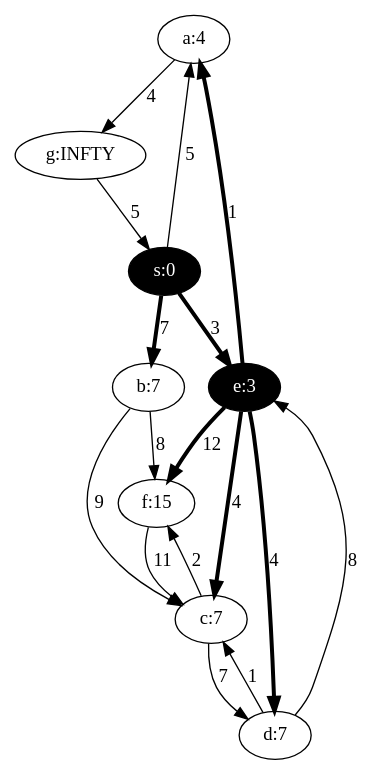
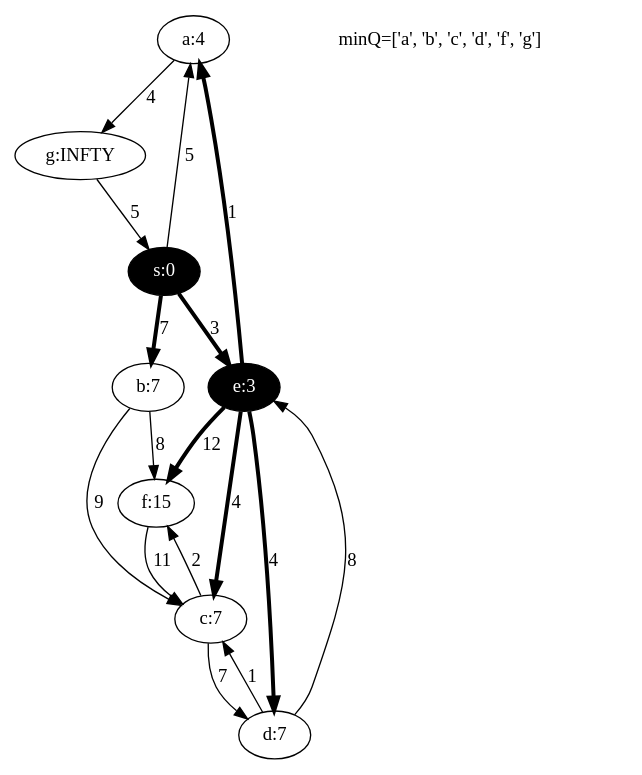
Before and after one commit to nicolasrenet/Graphs: the diagram in examples/dijkstra_gross_yellen_02.dot, drawn with Graphviz. The commit also changed 214 other files, not shown here.

Commit message:
Added an extra key (label) to the vertex comparison function. Dijkstra's key shows content of the min queue. Various layout changes in the LaTeX documents (added an figure width ratio option to alg_to_tex.py). Cleaned up the Makefile.

```diff
--- a/examples/dijkstra_gross_yellen_02.dot
+++ b/examples/dijkstra_gross_yellen_02.dot
@@ -1,26 +1,27 @@
 Digraph {
 a [ label="a:4" ];
 b [ label="b:7" ];
 c [ label="c:7" ];
 d [ label="d:7" ];
 e [ label="e:3" fontcolor=white style=filled fontname="time-bold" fillcolor=black ];
 f [ label="f:15" ];
 g [ label="g:INFTY" ];
 s [ label="s:0" fontcolor=white style=filled fontname="time-bold" fillcolor=black ];
 a->g[label="4", penwidth=1];
 b->c[label="9", penwidth=1];
 b->f[label="8", penwidth=1];
 c->d[label="7", penwidth=1];
 c->f[label="2", penwidth=1];
 d->e[label="8", penwidth=1];
 d->c[label="1", penwidth=1];
 e->a[label="1", penwidth=3];
 e->c[label="4", penwidth=3];
 e->d[label="4", penwidth=3];
 e->f[label="12", penwidth=3];
 f->c[label="11", penwidth=1];
 g->s[label="5", penwidth=1];
 s->a[label="5", penwidth=1];
 s->b[label="7", penwidth=3];
 s->e[label="3", penwidth=3];
+legend[label="minQ=['a', 'b', 'c', 'd', 'f', 'g']", color=white];
 }
```
